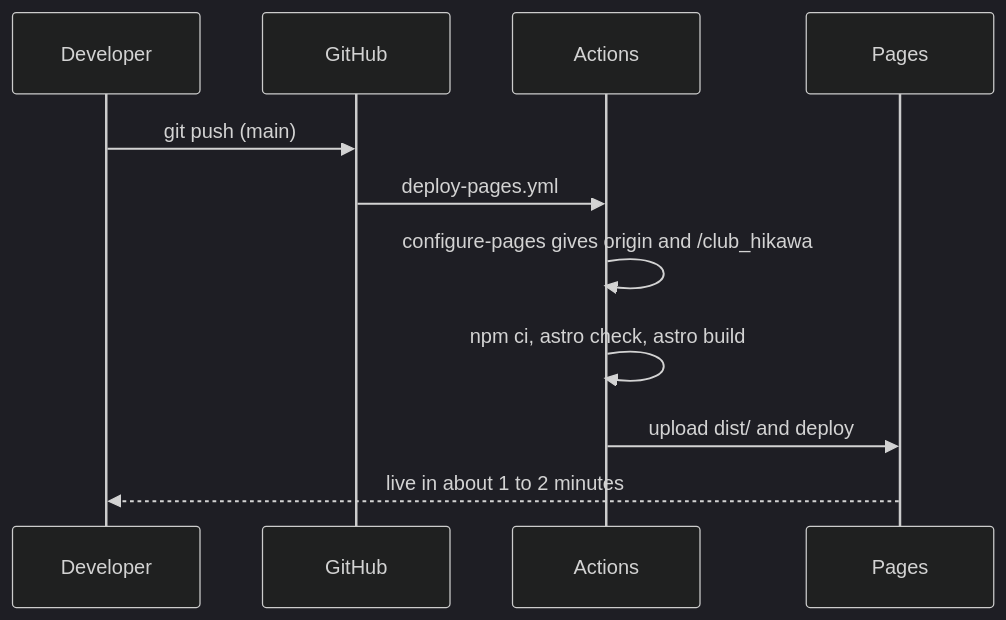
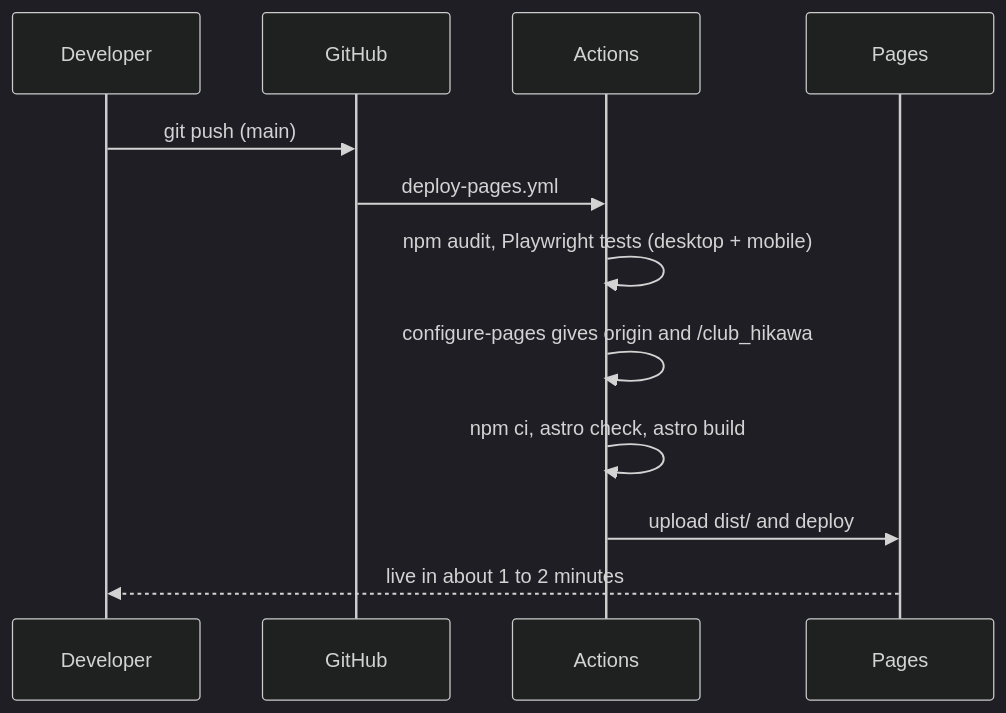
One commit to DonatoNicolasAyalaOsorio73/club_hikawa changed the third of 3 diagrams in README.md. Above: the diagram before and after it, drawn with Mermaid (dark theme). The commit also changed other lines of this file and 14 other files, not shown here.

````diff
--- a/README.md
+++ b/README.md
@@ -92,14 +92,15 @@
 ```mermaid
 sequenceDiagram
   participant Dev as Developer
   participant GH as GitHub
   participant GA as Actions
   participant P as Pages
 
   Dev->>GH: git push (main)
   GH->>GA: deploy-pages.yml
+  GA->>GA: npm audit, Playwright tests (desktop + mobile)
   GA->>GA: configure-pages gives origin and /club_hikawa
   GA->>GA: npm ci, astro check, astro build
   GA->>P: upload dist/ and deploy
   P-->>Dev: live in about 1 to 2 minutes
 ```
````
